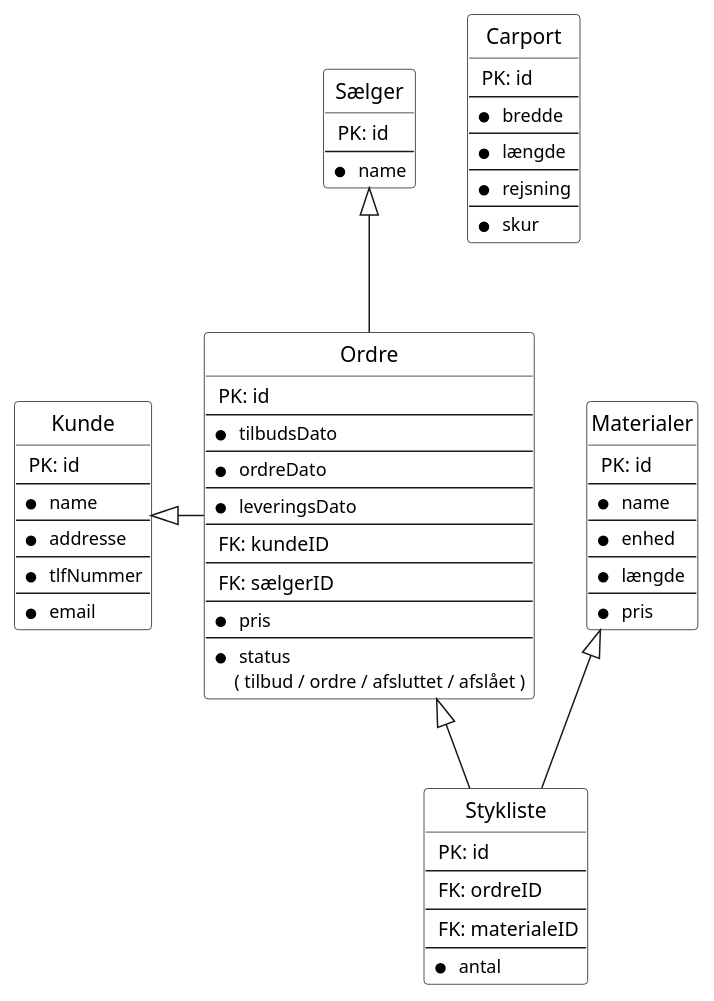
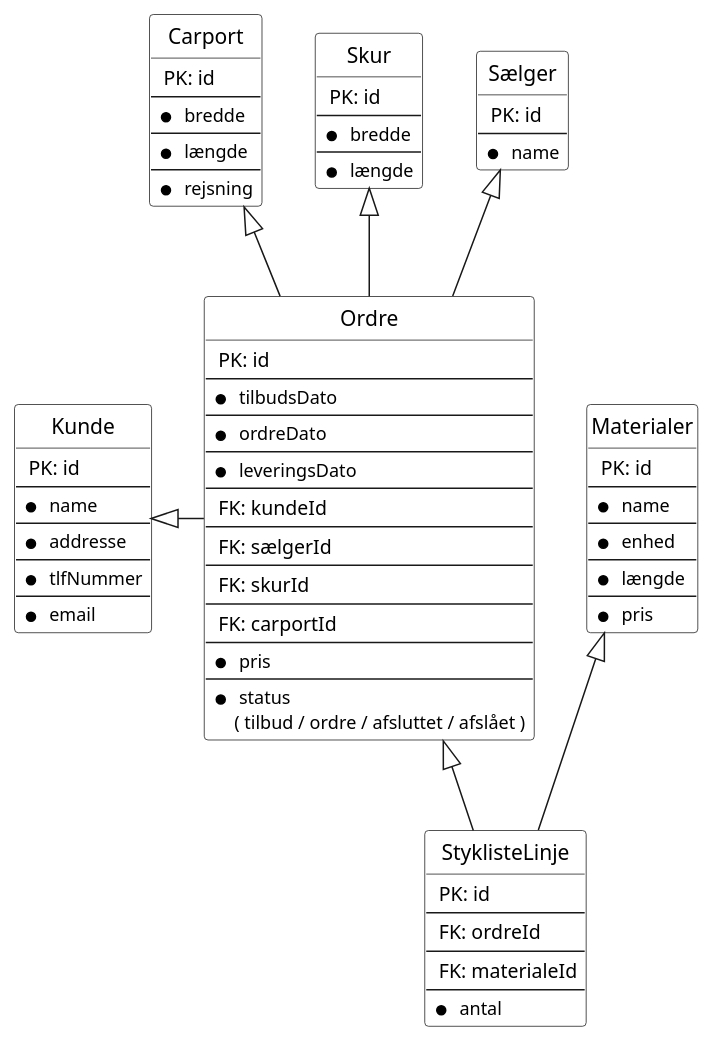
One commit to kalhauge/Fog changed the diagram in src/main/Diagrammer/ER.puml. Above: the diagram before and after it, drawn with PlantUML. The commit also changed 7 other files, not shown here.

Commit message:
Migrate script + Domain / ER updates

```diff
--- a/src/main/Diagrammer/ER.puml
+++ b/src/main/Diagrammer/ER.puml
@@ -1,83 +1,99 @@
 @startuml
 
 skinparam wrapWidth 300
 
 hide circle
 hide empty members
 
 entity Kunde #White {
    <size:13> PK: id
    --
    * <size:12> name
    --
    * <size:12> addresse
    --
    * <size:12> tlfNummer
    --
    * <size:12> email
 }
 
 entity Carport #White {
    <size:13> PK: id
    --
    * <size:12> bredde
    --
    * <size:12> længde
    --
    * <size:12> rejsning
+}
+
+entity Skur #White {
+   <size:13> PK: id
    --
-   * <size:12> skur
+   * <size:12> bredde
+   --
+   * <size:12> længde
 }
+
 
 entity Ordre  #White {
    <size:13> PK: id
    --
    * <size:12> tilbudsDato
    --
    * <size:12> ordreDato
    --
    * <size:12> leveringsDato
    --
-   <size:13> FK: kundeID
+   <size:13> FK: kundeId
    --
-   <size:13> FK: sælgerID
+   <size:13> FK: sælgerId
+   --
+   <size:13> FK: skurId
+   --
+   <size:13> FK: carportId
    --
    * <size:12> pris
    --
    * <size:12> status
     <size:12>( tilbud / ordre / afsluttet / afslået )
 }
 
 entity Materialer #White {
    <size:13> PK: id
    --
    * <size:12> name
    --
    * <size:12> enhed
    --
    * <size:12> længde
    --
    * <size:12> pris
 }
 
-entity Stykliste #White {
-      <size:13> PK: id
+entity StyklisteLinje #White {
+   <size:13> PK: id
    --
-  <size:13> FK: ordreID
+  <size:13> FK: ordreId
    --
-   <size:13> FK: materialeID
+   <size:13> FK: materialeId
    --
    * <size:12> antal
 }
 
 entity Sælger #White {
    <size:13> PK: id
    --
    * <size:12> name
 }
 
-Ordre <|-- Stykliste
-Materialer <|-- Stykliste
+
+
+
 Kunde <|- Ordre
 Sælger <|-- Ordre
+Carport <|-- Ordre
+Skur <|-- Ordre
+Ordre <|-- StyklisteLinje
+Materialer <|-- StyklisteLinje
 @enduml
```
